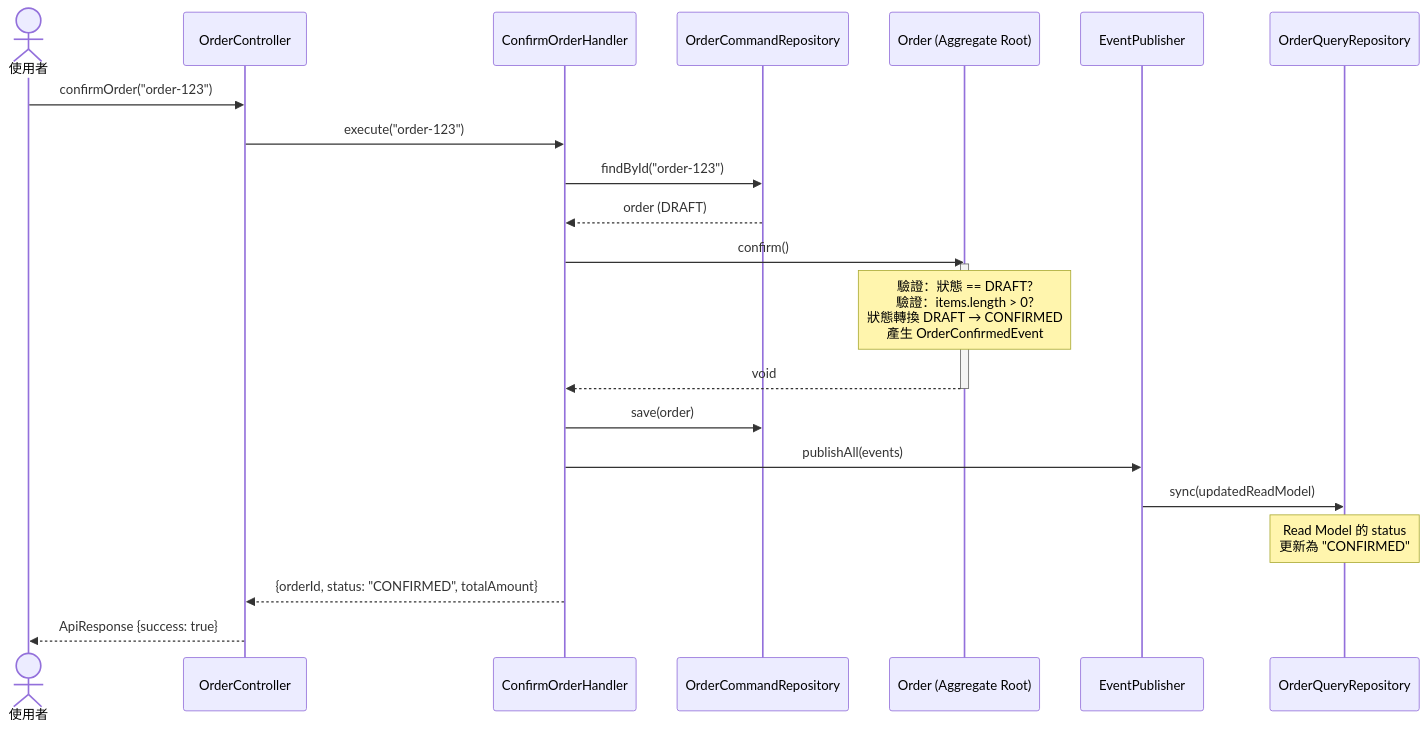
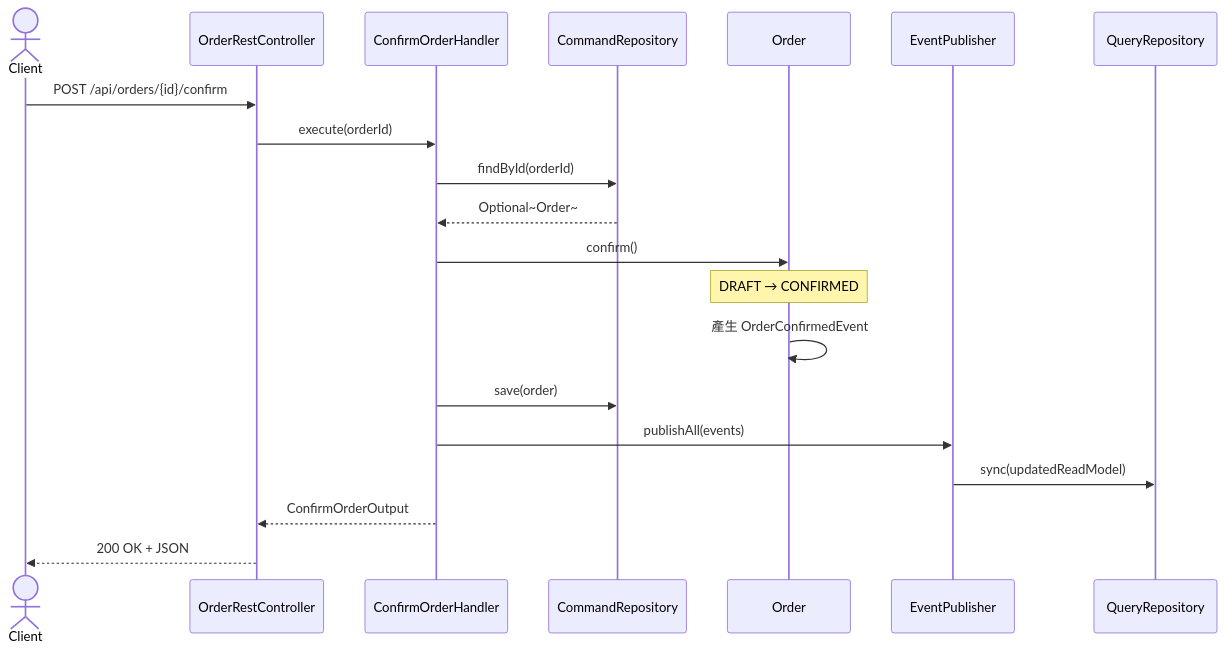
One commit to ChunPingWang/solid-hexagonal-cqrs-tutorial changed the sixth of 14 diagrams in README.md. Above: the diagram before and after it, drawn with Mermaid. The commit also changed other lines of this file and 89 other files, not shown here.

````diff
--- a/README.md
+++ b/README.md
@@ -611,30 +356,23 @@
 ```mermaid
 sequenceDiagram
-    actor User as 使用者
-    participant Ctrl as OrderController
-    participant Handler as ConfirmOrderHandler
-    participant CmdRepo as OrderCommandRepository
-    participant Order as Order (Aggregate Root)
-    participant EvtPub as EventPublisher
-    participant QryRepo as OrderQueryRepository
+    actor Client
+    participant REST as OrderRestController
+    participant UC as ConfirmOrderHandler
+    participant CR as CommandRepository
+    participant Order as Order
+    participant EP as EventPublisher
+    participant QR as QueryRepository
 
-    User->>Ctrl: confirmOrder("order-123")
-    Ctrl->>Handler: execute("order-123")
-
-    Handler->>CmdRepo: findById("order-123")
-    CmdRepo-->>Handler: order (DRAFT)
-
-    Handler->>Order: confirm()
-    activate Order
-    Note over Order: 驗證：狀態 == DRAFT?<br/>驗證：items.length > 0?<br/>狀態轉換 DRAFT → CONFIRMED<br/>產生 OrderConfirmedEvent
-    Order-->>Handler: void
-    deactivate Order
-
-    Handler->>CmdRepo: save(order)
-    Handler->>EvtPub: publishAll(events)
-    EvtPub->>QryRepo: sync(updatedReadModel)
-    Note over QryRepo: Read Model 的 status<br/>更新為 "CONFIRMED"
-
-    Handler-->>Ctrl: {orderId, status: "CONFIRMED", totalAmount}
-    Ctrl-->>User: ApiResponse {success: true}
+    Client->>REST: POST /api/orders/{id}/confirm
+    REST->>UC: execute(orderId)
+    UC->>CR: findById(orderId)
+    CR-->>UC: Optional~Order~
+    UC->>Order: confirm()
+    Note over Order: DRAFT → CONFIRMED
+    Order->>Order: 產生 OrderConfirmedEvent
+    UC->>CR: save(order)
+    UC->>EP: publishAll(events)
+    EP->>QR: sync(updatedReadModel)
+    UC-->>REST: ConfirmOrderOutput
+    REST-->>Client: 200 OK + JSON
 ```
````
